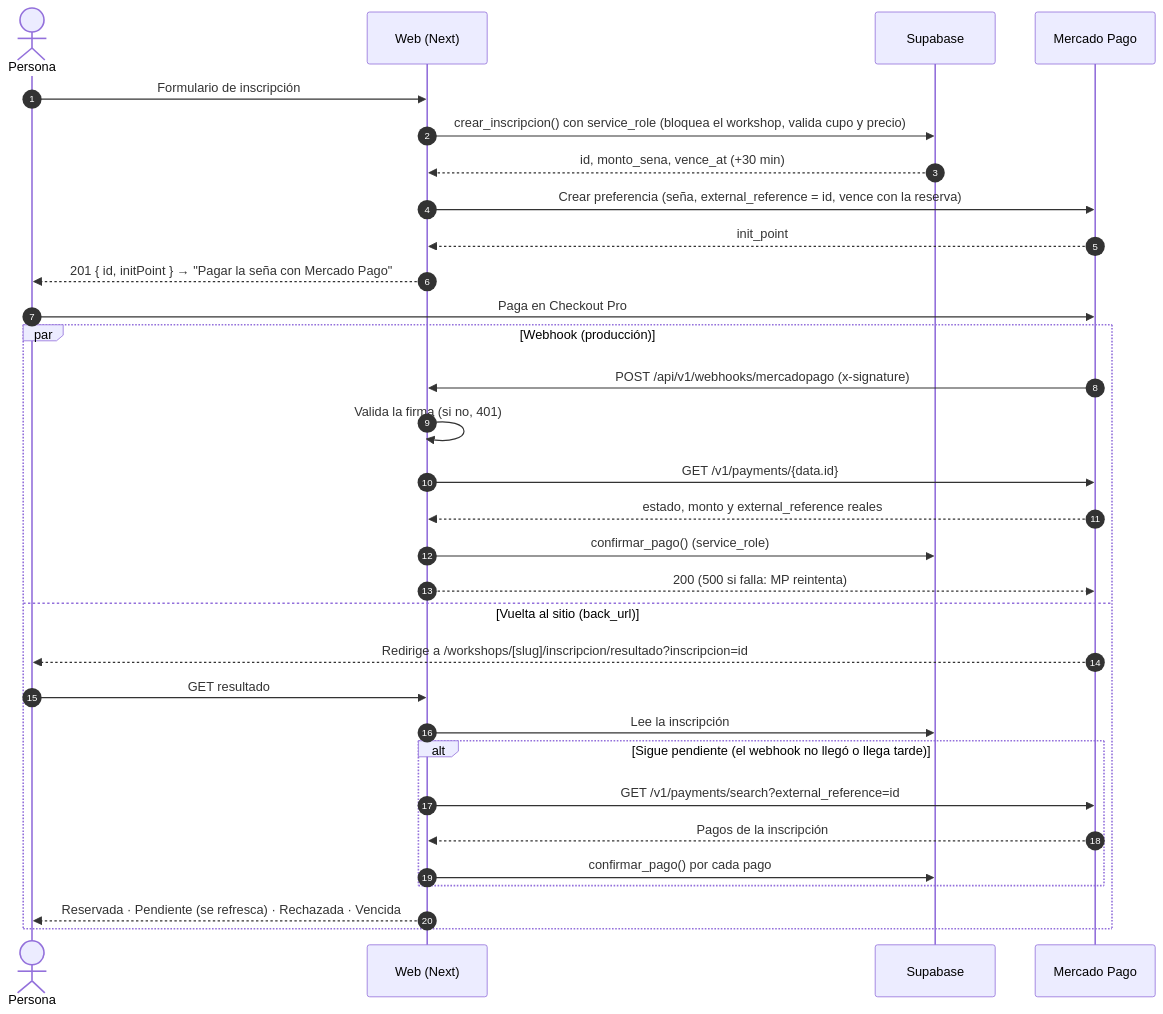
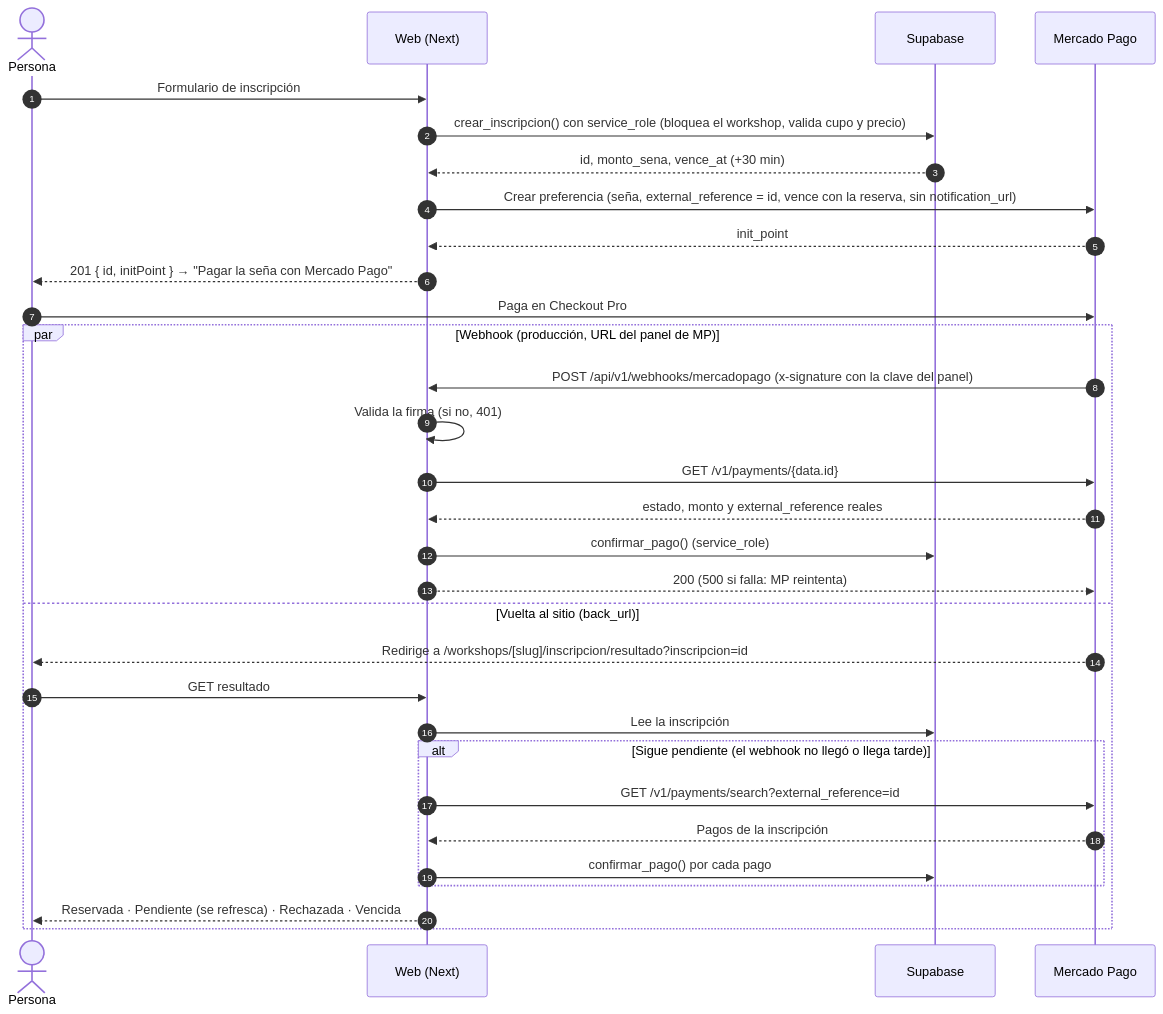
Before and after one commit to trevisancata/home-bakery: the diagram in docs/pagos.md, drawn with Mermaid. The commit also changed other lines of this file and 3 other files, not shown here.

First line of the commit message:
docs: el webhook de MP se configura en el panel, y el caso del 401

````diff
--- a/docs/pagos.md
+++ b/docs/pagos.md
@@ -9,35 +9,35 @@
 ```mermaid
 sequenceDiagram
   autonumber
   actor P as Persona
   participant W as Web (Next)
   participant DB as Supabase
   participant MP as Mercado Pago
 
   P->>W: Formulario de inscripción
   W->>DB: crear_inscripcion() con service_role (bloquea el workshop, valida cupo y precio)
   DB-->>W: id, monto_sena, vence_at (+30 min)
-  W->>MP: Crear preferencia (seña, external_reference = id, vence con la reserva)
+  W->>MP: Crear preferencia (seña, external_reference = id, vence con la reserva, sin notification_url)
   MP-->>W: init_point
   W-->>P: 201 { id, initPoint } → "Pagar la seña con Mercado Pago"
   P->>MP: Paga en Checkout Pro
 
-  par Webhook (producción)
-    MP->>W: POST /api/v1/webhooks/mercadopago (x-signature)
+  par Webhook (producción, URL del panel de MP)
+    MP->>W: POST /api/v1/webhooks/mercadopago (x-signature con la clave del panel)
     W->>W: Valida la firma (si no, 401)
     W->>MP: GET /v1/payments/{data.id}
     MP-->>W: estado, monto y external_reference reales
     W->>DB: confirmar_pago() (service_role)
     W-->>MP: 200 (500 si falla: MP reintenta)
   and Vuelta al sitio (back_url)
     MP-->>P: Redirige a /workshops/[slug]/inscripcion/resultado?inscripcion=id
     P->>W: GET resultado
     W->>DB: Lee la inscripción
     alt Sigue pendiente (el webhook no llegó o llega tarde)
       W->>MP: GET /v1/payments/search?external_reference=id
       MP-->>W: Pagos de la inscripción
       W->>DB: confirmar_pago() por cada pago
     end
     W-->>P: Reservada · Pendiente (se refresca) · Rechazada · Vencida
   end
 ```
````
